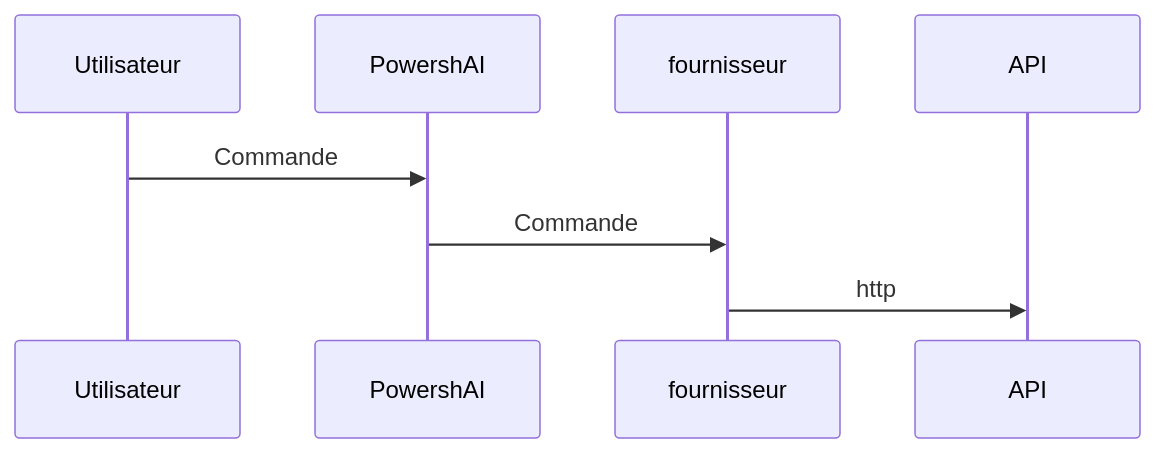
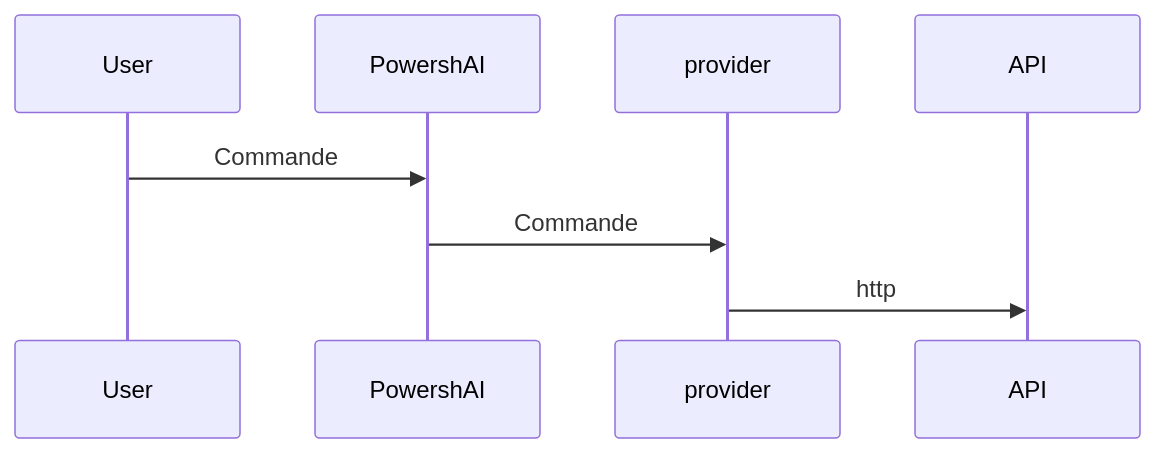
One commit to rrg92/powershai changed the diagram in docs/fr-FR/providers/README.md. Above: the diagram before and after it, drawn with Mermaid. The commit also changed other lines of this file and 34 other files, not shown here.

````diff
--- a/docs/fr-FR/providers/README.md
+++ b/docs/fr-FR/providers/README.md
@@ -16,7 +16,7 @@
-```mermaid 
-sequenceDiagram
+```mermaid  
+sequenceDiagram  
 
-    Utilisateur->>PowershAI: Commande
-    PowershAI->>fournisseur: Commande
-    fournisseur->>API: http
-```
+    User->>PowershAI: Commande  
+    PowershAI->>provider: Commande  
+    provider->>API: http  
+```  
````
